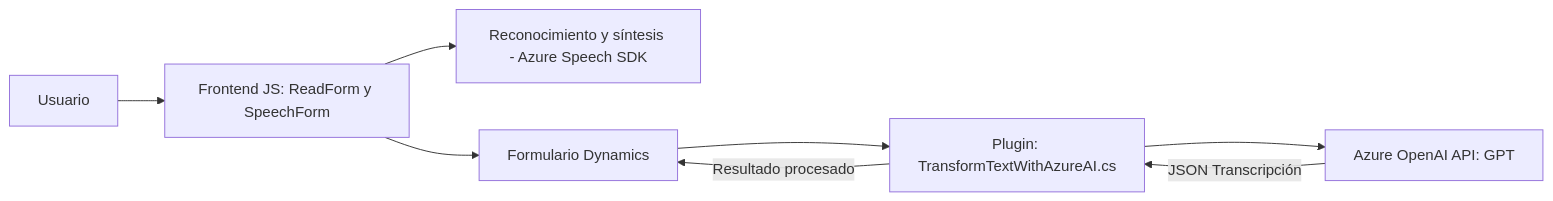
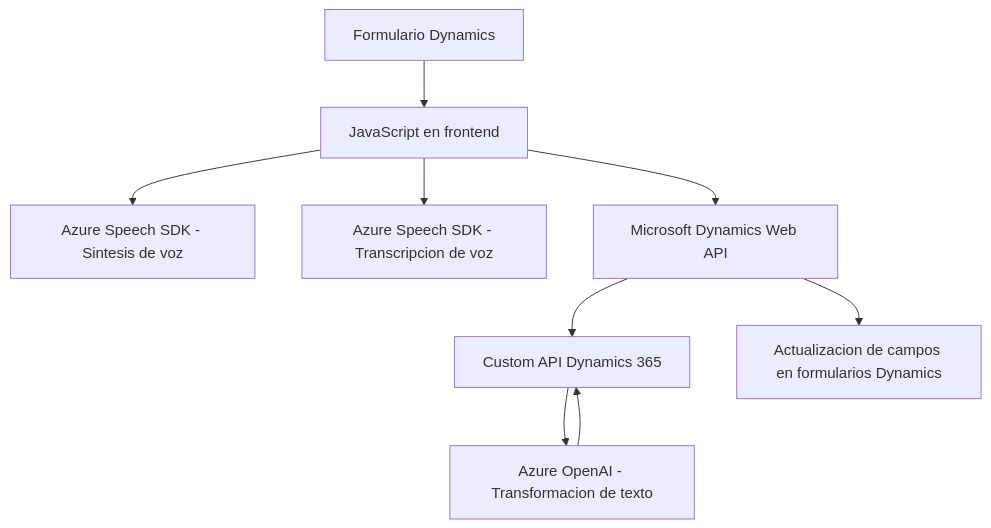
One commit to blopezdm/NETCORE_BILBAO2025 changed the diagram in README.md. Above: the diagram before and after it, drawn with Mermaid. The commit also changed other lines of this file, not shown here.

````diff
--- a/README.md
+++ b/README.md
@@ -50,10 +45,12 @@
 ```mermaid
-graph LR
-    A["Usuario"] --> B["Frontend JS: ReadForm y SpeechForm"]
-    B --> C["Reconocimiento y síntesis - Azure Speech SDK"]
-    B --> D["Formulario Dynamics"]
-    D --> E["Plugin: TransformTextWithAzureAI.cs"]
-    E --> F["Azure OpenAI API: GPT"]
-    F --> |JSON Transcripción| E
-    E --> |Resultado procesado| D
+graph TD
+    A["Formulario Dynamics"] --> B["JavaScript en frontend"]
+    B --> C["Azure Speech SDK - Sintesis de voz"]
+    B --> D["Azure Speech SDK - Transcripcion de voz"]
+    B --> E["Microsoft Dynamics Web API"]
+    E --> F["Custom API Dynamics 365"]
+    F --> G["Azure OpenAI - Transformacion de texto"]
+
+    G --> F
+    E --> H["Actualizacion de campos en formularios Dynamics"]
 ```
````
